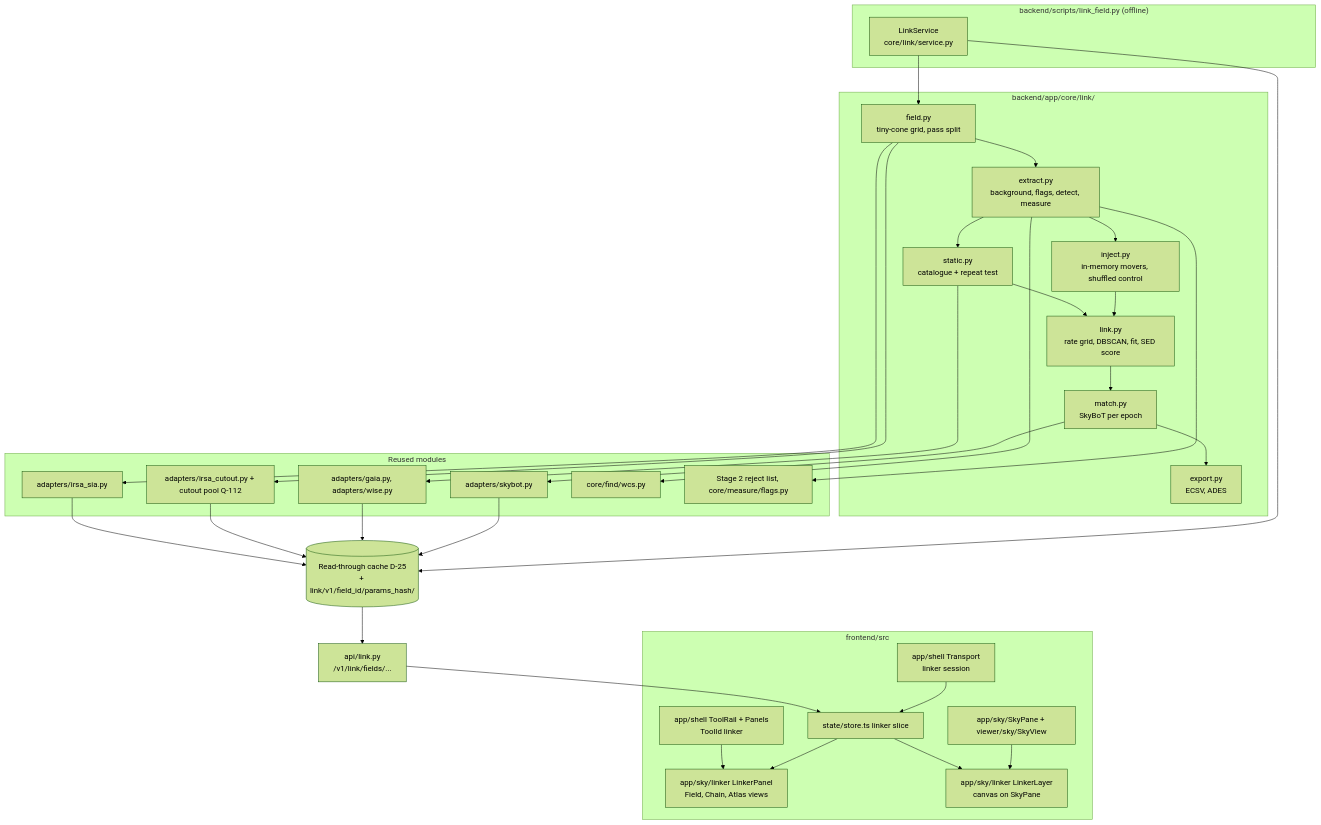
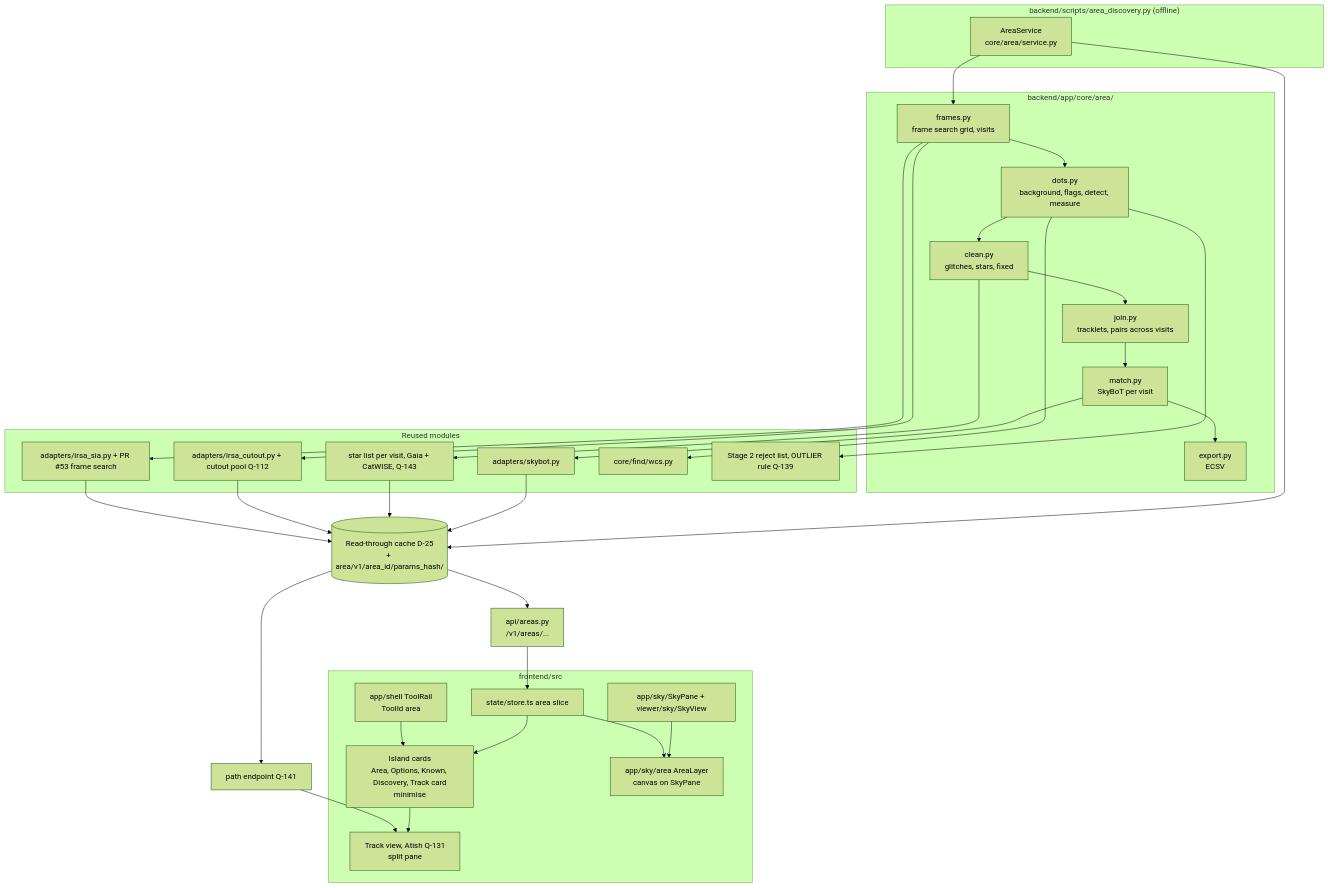
Before and after one commit to 0ffrian/SphereX: the first of 3 diagrams in docs/uml/21-linker.md, drawn with Mermaid (forest theme). The commit also changed other lines of this file and 10 other files, not shown here.

First line of the commit message:
Re-scope A16 to A18 to Area search (Q-146) and answer Atish's questions

````diff
--- a/docs/uml/21-linker.md
+++ b/docs/uml/21-linker.md
@@ -7,54 +7,54 @@
 ```mermaid
 flowchart TB
-  subgraph Script["backend/scripts/link_field.py (offline)"]
-    SVC[LinkService<br/>core/link/service.py]
+  subgraph Script["backend/scripts/area_discovery.py (offline)"]
+    SVC[AreaService<br/>core/area/service.py]
   end
-  subgraph Core["backend/app/core/link/"]
-    FLD[field.py<br/>tiny-cone grid, pass split]
-    EXT[extract.py<br/>background, flags, detect, measure]
-    STA[static.py<br/>catalogue + repeat test]
-    LNK[link.py<br/>rate grid, DBSCAN, fit, SED score]
-    MAT[match.py<br/>SkyBoT per epoch]
-    INJ[inject.py<br/>in-memory movers, shuffled control]
-    EXP[export.py<br/>ECSV, ADES]
+  subgraph Core["backend/app/core/area/"]
+    FRM[frames.py<br/>frame search grid, visits]
+    DOT[dots.py<br/>background, flags, detect, measure]
+    CLN[clean.py<br/>glitches, stars, fixed]
+    JON[join.py<br/>tracklets, pairs across visits]
+    MAT[match.py<br/>SkyBoT per visit]
+    EXP[export.py<br/>ECSV]
   end
   subgraph Reused["Reused modules"]
-    SIA[adapters/irsa_sia.py]
+    SIA[adapters/irsa_sia.py + PR #53 frame search]
     CUT[adapters/irsa_cutout.py + cutout pool Q-112]
-    GAI[adapters/gaia.py, adapters/wise.py]
+    STAR[star list per visit, Gaia + CatWISE, Q-143]
     SKB[adapters/skybot.py]
     WCS[core/find/wcs.py]
-    FLG[Stage 2 reject list, core/measure/flags.py]
+    FLG[Stage 2 reject list, OUTLIER rule Q-139]
   end
-  CACHE[(Read-through cache D-25<br/>+ link/v1/field_id/params_hash/)]
-  API[api/link.py<br/>/v1/link/fields/...]
+  CACHE[(Read-through cache D-25<br/>+ area/v1/area_id/params_hash/)]
+  API[api/areas.py<br/>/v1/areas/...]
+  PATH[path endpoint Q-141]
   subgraph FE["frontend/src"]
-    RAIL[app/shell ToolRail + Panels<br/>ToolId linker]
-    PANEL[app/sky/linker LinkerPanel<br/>Field, Chain, Atlas views]
-    LAYER[app/sky/linker LinkerLayer<br/>canvas on SkyPane]
-    STORE[state/store.ts linker slice]
-    TR[app/shell Transport<br/>linker session]
+    RAIL[app/shell ToolRail<br/>ToolId area]
+    ISL[Island cards<br/>Area, Options, Known, Discovery, Track card<br/>minimise]
+    LAYER[app/sky/area AreaLayer<br/>canvas on SkyPane]
+    STORE[state/store.ts area slice]
+    TRK[Track view, Atish Q-131<br/>split pane]
     SKY[app/sky/SkyPane + viewer/sky/SkyView]
   end
-  SVC --> FLD --> EXT --> STA --> LNK --> MAT --> EXP
-  EXT --> INJ
-  INJ --> LNK
-  FLD --> SIA
-  FLD --> CUT
-  EXT --> WCS
-  EXT --> FLG
-  STA --> GAI
+  SVC --> FRM --> DOT --> CLN --> JON --> MAT --> EXP
+  FRM --> SIA
+  FRM --> CUT
+  DOT --> WCS
+  DOT --> FLG
+  CLN --> STAR
   MAT --> SKB
   SIA --> CACHE
   CUT --> CACHE
-  GAI --> CACHE
+  STAR --> CACHE
   SKB --> CACHE
   SVC --> CACHE
   CACHE --> API
+  CACHE --> PATH
   API --> STORE
-  RAIL --> PANEL
-  STORE --> PANEL
+  PATH --> TRK
+  RAIL --> ISL
+  STORE --> ISL
   STORE --> LAYER
-  TR --> STORE
   SKY --> LAYER
+  ISL --> TRK
 ```
````
